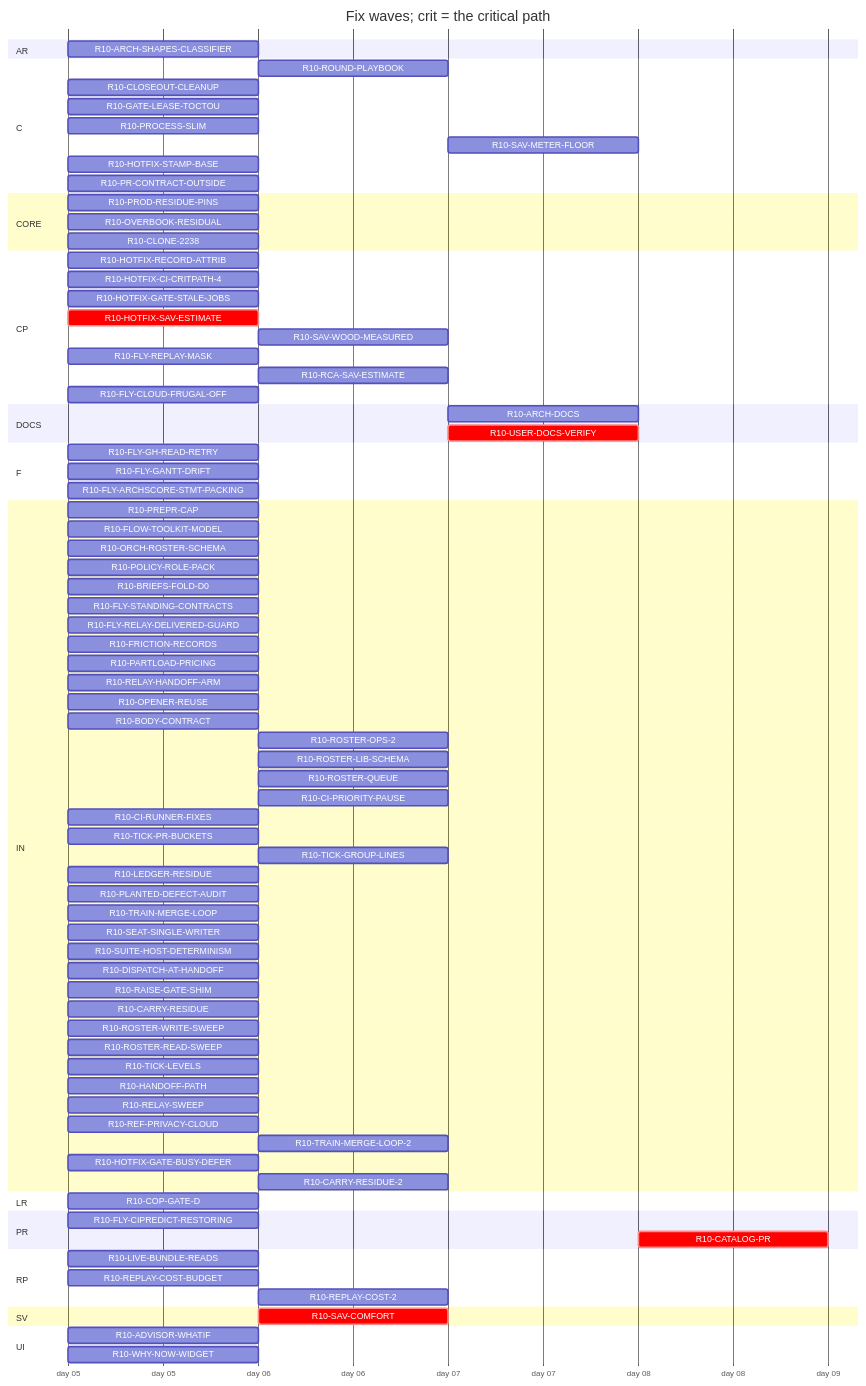
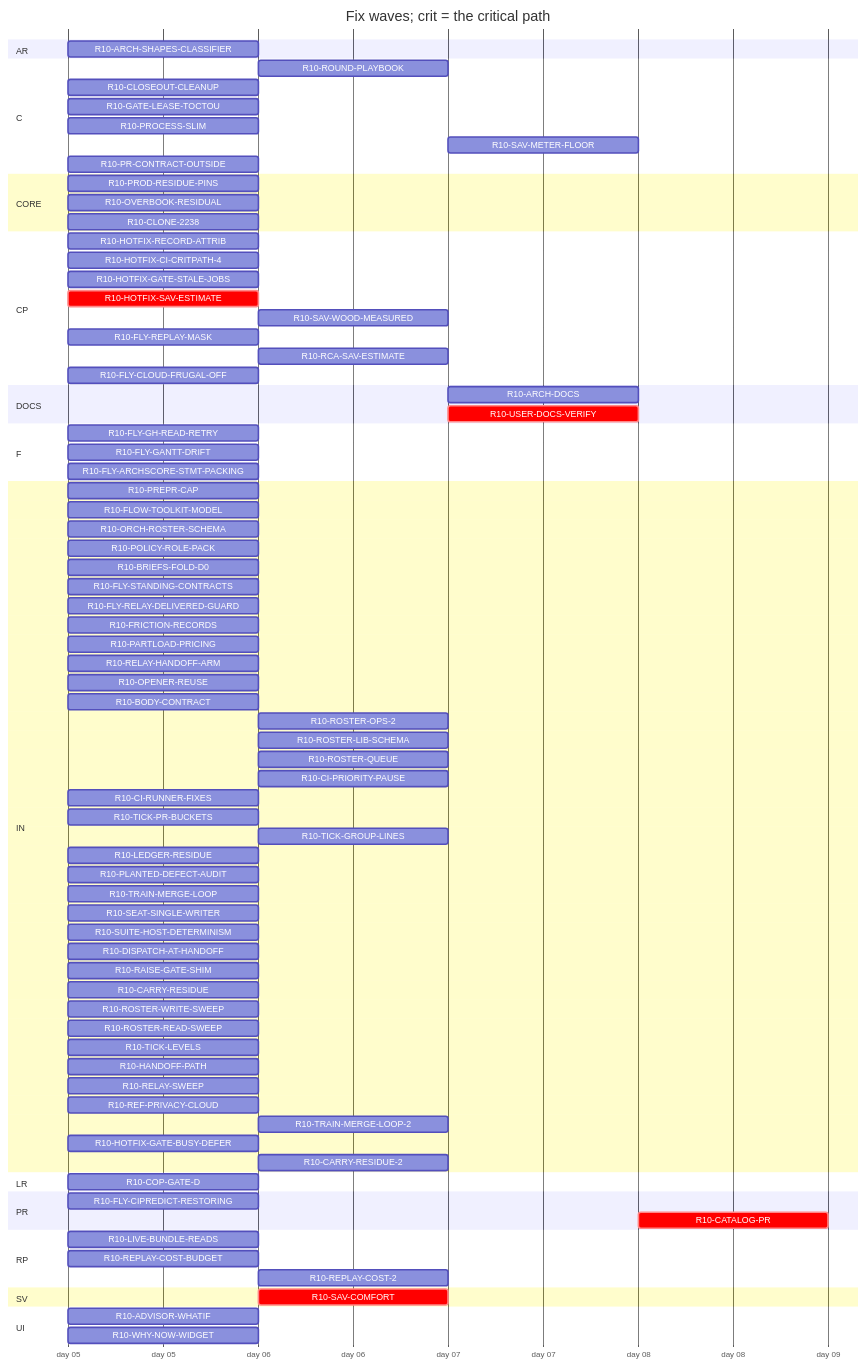
One commit to tvofi/heatpump_optimizer changed the diagram in handoff/round10/state/PLAN-TABLE.md. Above: the diagram before and after it, drawn with Mermaid. The commit also changed other lines of this file and 3 other files, not shown here.

Commit message:
state: FLOW-BOARD.md, NEXT-SESSION-PROMPT.md, PLAN-TABLE.md, RESUME-CURRENT.md regenerated (state_docs.py)

```diff
--- a/handoff/round10/state/PLAN-TABLE.md
+++ b/handoff/round10/state/PLAN-TABLE.md
@@ -35,7 +35,6 @@
     R10-GATE-LEASE-TOCTOU :r10GATELEASETOCTOU, 2026-01-05, 1d
     R10-PROCESS-SLIM :r10PROCESSSLIM, 2026-01-05, 1d
     R10-SAV-METER-FLOOR :r10SAVMETERFLOOR, after r10HOTFIXSAVESTIMATE r10SAVCOMFORT, 1d
-    R10-HOTFIX-STAMP-BASE :r10HOTFIXSTAMPBASE, 2026-01-05, 1d
     R10-PR-CONTRACT-OUTSIDE :r10PRCONTRACTOUTSIDE, 2026-01-05, 1d
   section CORE
     R10-PROD-RESIDUE-PINS :r10PRODRESIDUEPINS, 2026-01-05, 1d
```
